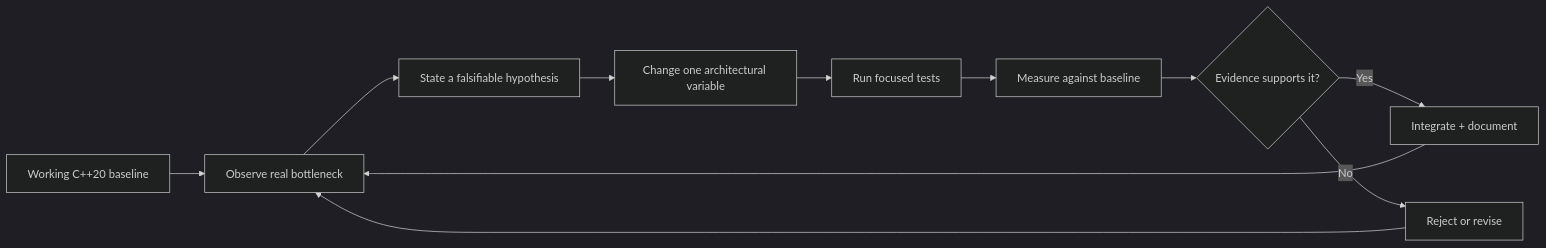
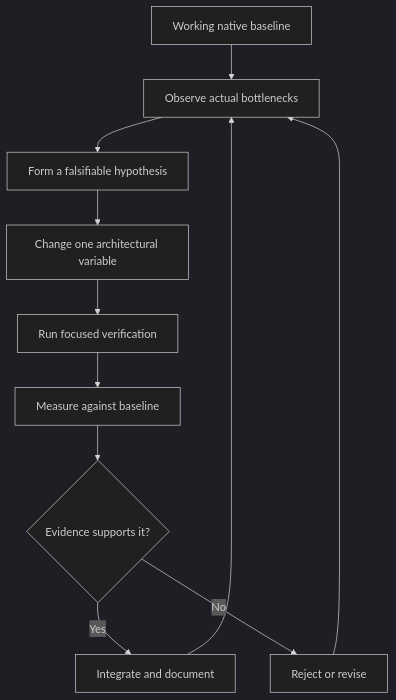
Before and after one commit to itsXactlY/ariadne: the sixth of 6 diagrams in README.md, drawn with Mermaid (dark theme). The commit also changed other lines of this file and 1 other file, not shown here.

````diff
--- a/README.md
+++ b/README.md
@@ -465,13 +738,16 @@
 ```mermaid
-flowchart LR
-    BASE["Working C++20 baseline"] --> OBS["Observe real bottleneck"]
-    OBS --> HYP["State a falsifiable hypothesis"]
+flowchart TD
+    BASE["Working native baseline"]
+    BASE --> OBS["Observe actual bottlenecks"]
+    OBS --> HYP["Form a falsifiable hypothesis"]
     HYP --> CHANGE["Change one architectural variable"]
-    CHANGE --> TEST["Run focused tests"]
+    CHANGE --> TEST["Run focused verification"]
     TEST --> MEASURE["Measure against baseline"]
     MEASURE --> DECIDE{"Evidence supports it?"}
-    DECIDE -- Yes --> INTEGRATE["Integrate + document"]
-    DECIDE -- No --> REVERT["Reject or revise"]
+
+    DECIDE -->|Yes| INTEGRATE["Integrate and document"]
+    DECIDE -->|No| REVISE["Reject or revise"]
+
     INTEGRATE --> OBS
-    REVERT --> OBS
+    REVISE --> OBS
 ```
````
